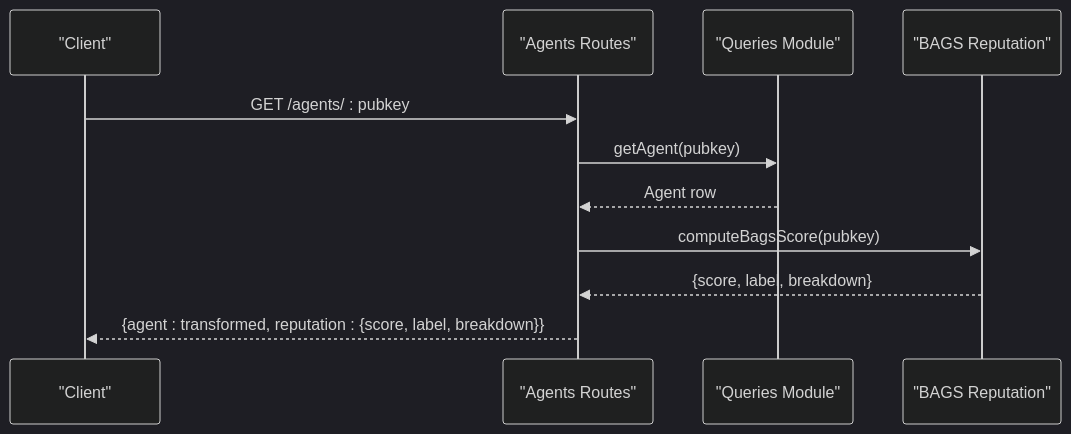
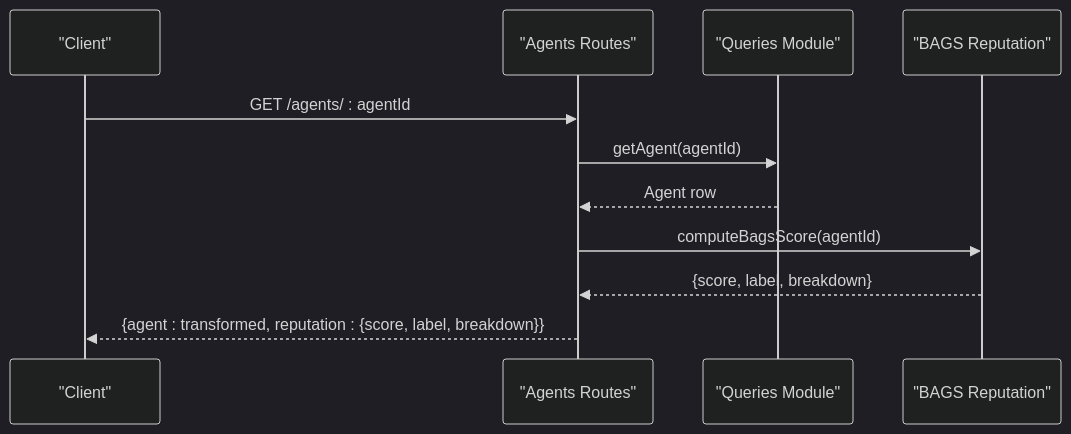
Before and after one commit to RunTimeAdmin/AgentID: the fourth of 10 diagrams in .qoder/repowiki/en/content/Backend API Reference/Discovery & Registry Endpoints.md, drawn with Mermaid (dark theme). The commit also changed other lines of this file and 31 other files, not shown here.

````diff
--- a/.qoder/repowiki/en/content/Backend API Reference/Discovery & Registry Endpoints.md
+++ b/.qoder/repowiki/en/content/Backend API Reference/Discovery & Registry Endpoints.md
@@ -230,13 +258,13 @@
 ```mermaid
 sequenceDiagram
 participant Client as "Client"
 participant Agents as "Agents Routes"
 participant Queries as "Queries Module"
 participant Reputation as "BAGS Reputation"
-Client->>Agents : GET /agents/ : pubkey
-Agents->>Queries : getAgent(pubkey)
+Client->>Agents : GET /agents/ : agentId
+Agents->>Queries : getAgent(agentId)
 Queries-->>Agents : Agent row
-Agents->>Reputation : computeBagsScore(pubkey)
+Agents->>Reputation : computeBagsScore(agentId)
 Reputation-->>Agents : {score, label, breakdown}
 Agents-->>Client : {agent : transformed, reputation : {score, label, breakdown}}
 ```
````
